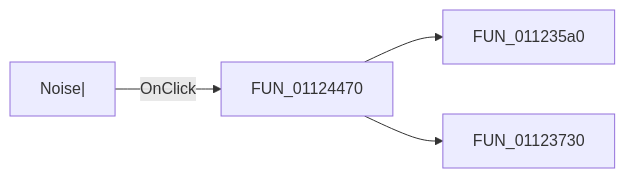
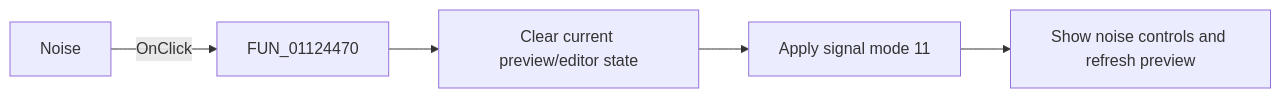
Before and after one commit to MovGP0/TIARA: the diagram in docs/ui-controls/signaleditordlg/sbtnrnd-9b7e6bca12.md, drawn with Mermaid. The commit also changed other lines of this file and 1062 other files, not shown here.

````diff
--- a/docs/ui-controls/signaleditordlg/sbtnrnd-9b7e6bca12.md
+++ b/docs/ui-controls/signaleditordlg/sbtnrnd-9b7e6bca12.md
@@ -27,6 +32,7 @@
 ```mermaid
 flowchart LR
-    control["Noise|"] -->|OnClick| handler["FUN_01124470"]
-    handler --> call1["FUN_011235a0"]
-    handler --> call2["FUN_01123730"]
+    control["Noise"] -->|"OnClick"| handler["FUN_01124470"]
+    handler --> clear["Clear current preview/editor state"]
+    clear --> select["Apply signal mode 11"]
+    select --> noise["Show noise controls and refresh preview"]
 ```
````
